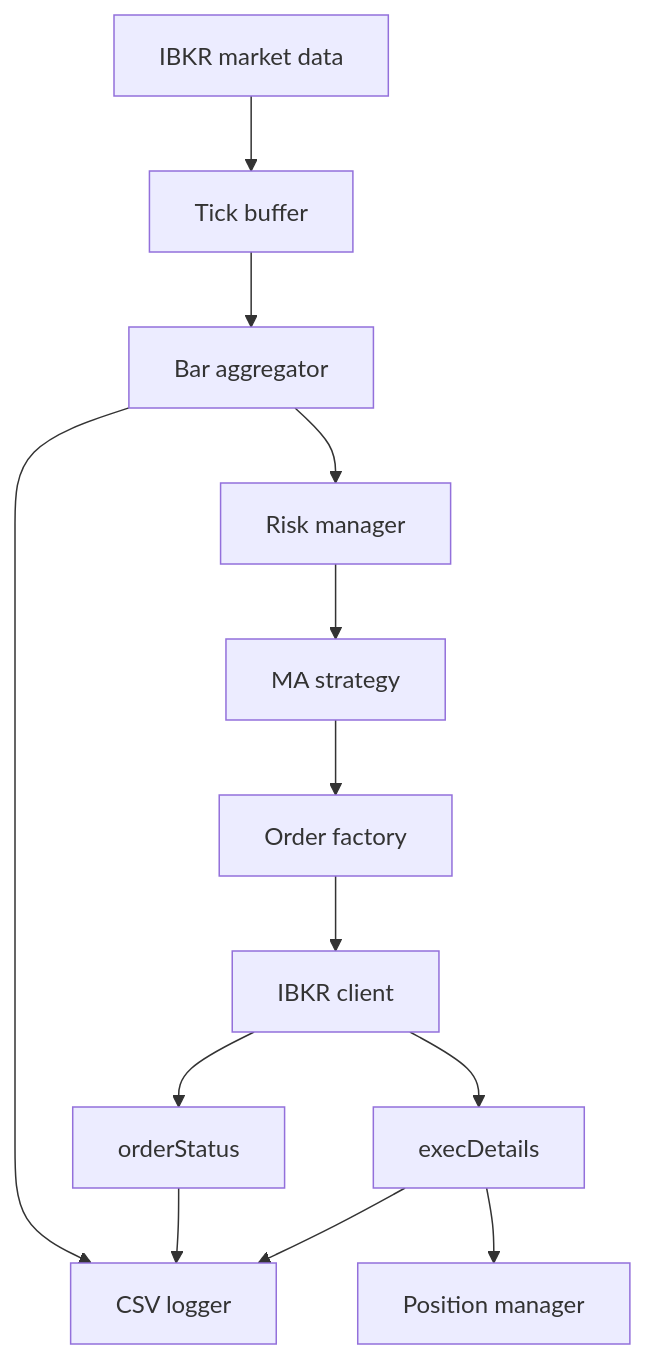
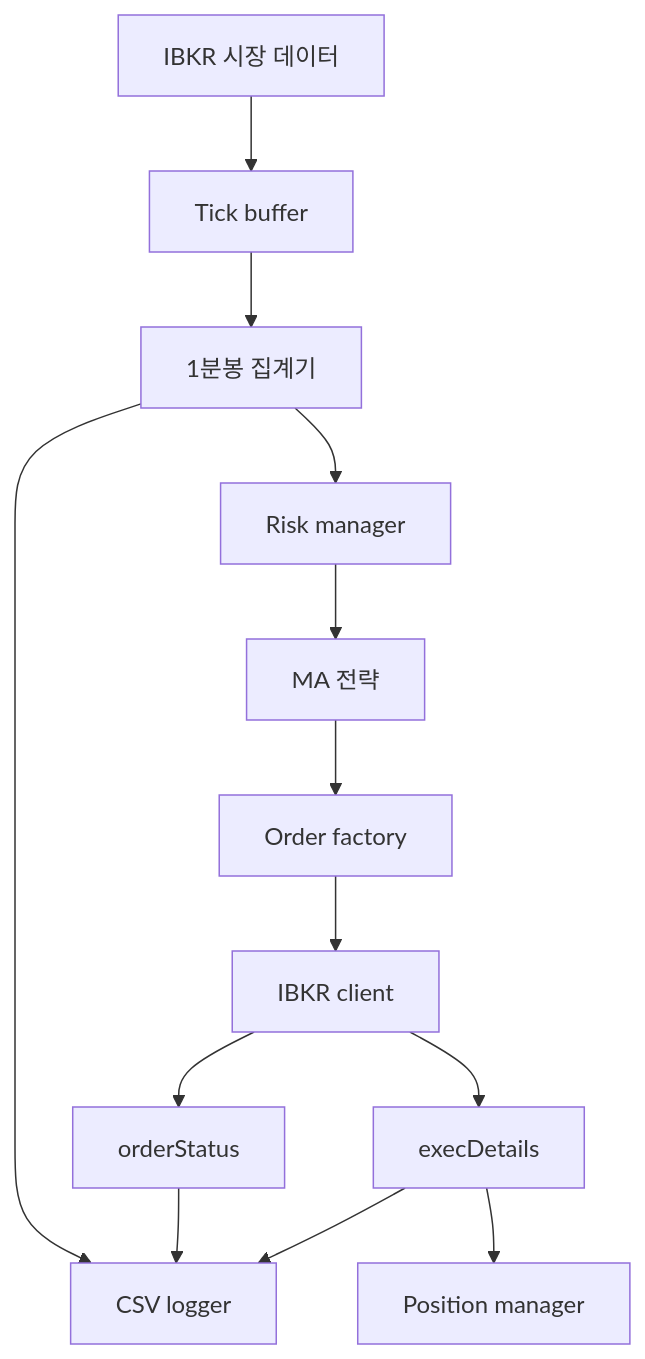
Before and after one commit to Songysp/fx-paper-trader: the diagram in ARCHITECTURE.md, drawn with Mermaid. The commit also changed other lines of this file and 6 other files, not shown here.

````diff
--- a/ARCHITECTURE.md
+++ b/ARCHITECTURE.md
@@ -5,15 +5,15 @@
 ```mermaid
 flowchart TD
-    A["IBKR market data"] --> B["Tick buffer"]
-    B --> C["Bar aggregator"]
+    A["IBKR 시장 데이터"] --> B["Tick buffer"]
+    B --> C["1분봉 집계기"]
     C --> D["Risk manager"]
-    D --> E["MA strategy"]
+    D --> E["MA 전략"]
     E --> F["Order factory"]
     F --> G["IBKR client"]
     G --> H["orderStatus"]
     G --> I["execDetails"]
     I --> J["Position manager"]
     C --> K["CSV logger"]
     H --> K
     I --> K
 ```
````
